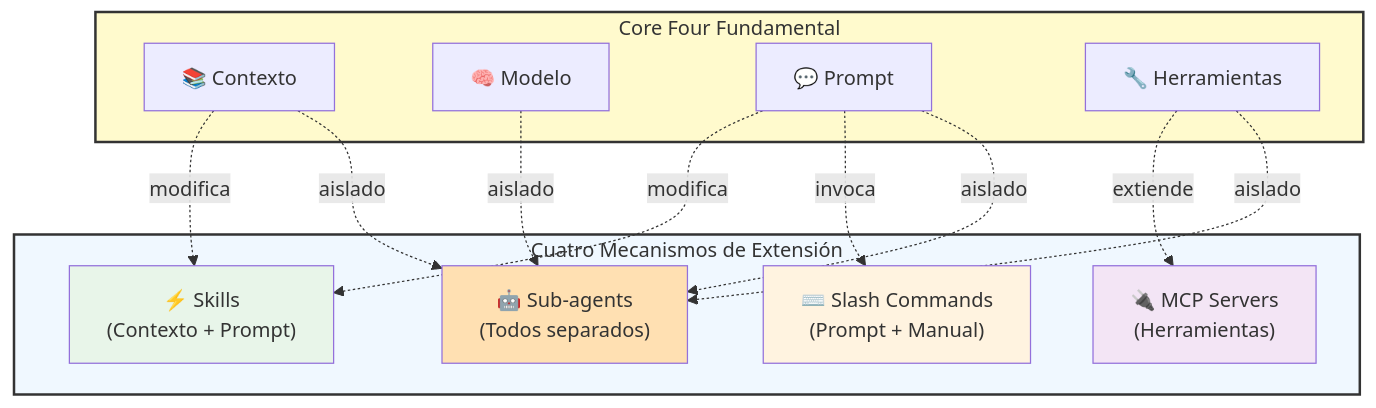
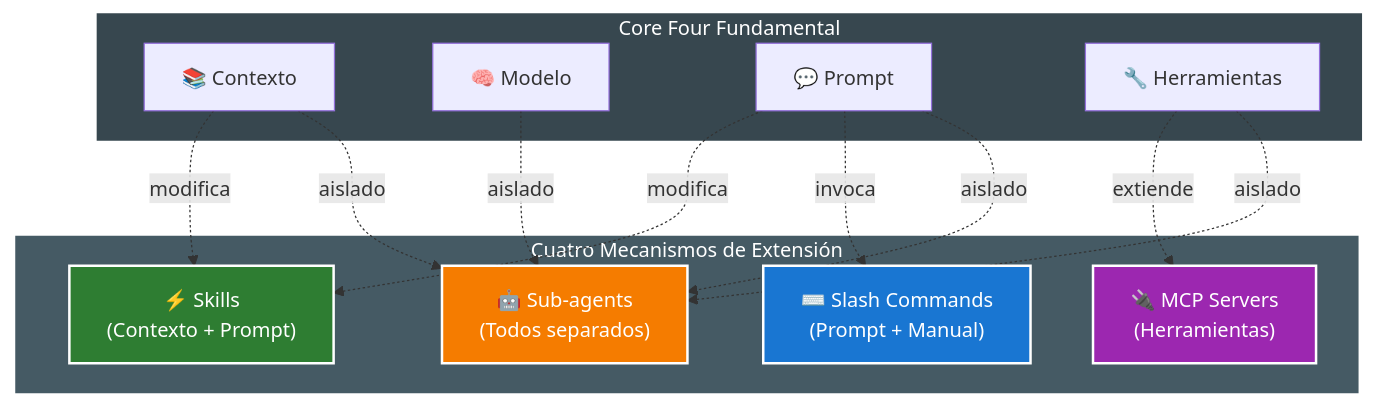
Before and after one commit to CodigoSinSiesta/codigosinsiesta.github.io: the second of 8 diagrams in docs/herramientas/claude-code-skills-mcp.md, drawn with Mermaid. The commit also changed other lines of this file, not shown here.

First line of the commit message:
docs: Mejorar contraste de colores en diagramas Mermaid

````diff
--- a/docs/herramientas/claude-code-skills-mcp.md
+++ b/docs/herramientas/claude-code-skills-mcp.md
@@ -76,35 +76,35 @@
 ```mermaid
-flowchart TB
+graph TB
     subgraph CoreFour["Core Four Fundamental"]
         CTX["📚 Contexto"]
         MODEL["🧠 Modelo"]
         PROMPT["💬 Prompt"]
         TOOLS["🔧 Herramientas"]
     end
 
     subgraph Extensiones["Cuatro Mecanismos de Extensión"]
         SKILL["⚡ Skills<br/>(Contexto + Prompt)"]
         SLASH["⌨️ Slash Commands<br/>(Prompt + Manual)"]
         MCP["🔌 MCP Servers<br/>(Herramientas)"]
         SUBAGENT["🤖 Sub-agents<br/>(Todos separados)"]
     end
 
     CTX -.->|modifica| SKILL
     PROMPT -.->|modifica| SKILL
 
     PROMPT -.->|invoca| SLASH
 
     TOOLS -.->|extiende| MCP
 
     CTX -.->|aislado| SUBAGENT
     MODEL -.->|aislado| SUBAGENT
     PROMPT -.->|aislado| SUBAGENT
     TOOLS -.->|aislado| SUBAGENT
 
-    style CoreFour fill:#fffacd,stroke:#333,stroke-width:2px
-    style Extensiones fill:#f0f8ff,stroke:#333,stroke-width:2px
-    style SKILL fill:#e8f5e9
-    style SLASH fill:#fff3e0
-    style MCP fill:#f3e5f5
-    style SUBAGENT fill:#ffe0b2
+    style CoreFour fill:#37474f,stroke:#fff,stroke-width:2px,color:#fff
+    style Extensiones fill:#455a64,stroke:#fff,stroke-width:2px,color:#fff
+    style SKILL fill:#2e7d32,stroke:#fff,stroke-width:2px,color:#fff
+    style SLASH fill:#1976d2,stroke:#fff,stroke-width:2px,color:#fff
+    style MCP fill:#9c27b0,stroke:#fff,stroke-width:2px,color:#fff
+    style SUBAGENT fill:#f57c00,stroke:#fff,stroke-width:2px,color:#fff
 ```
````
